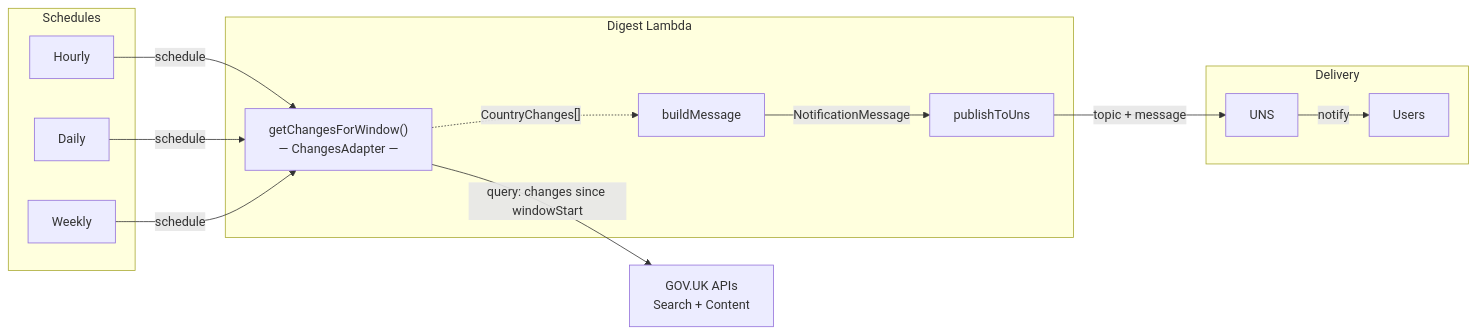
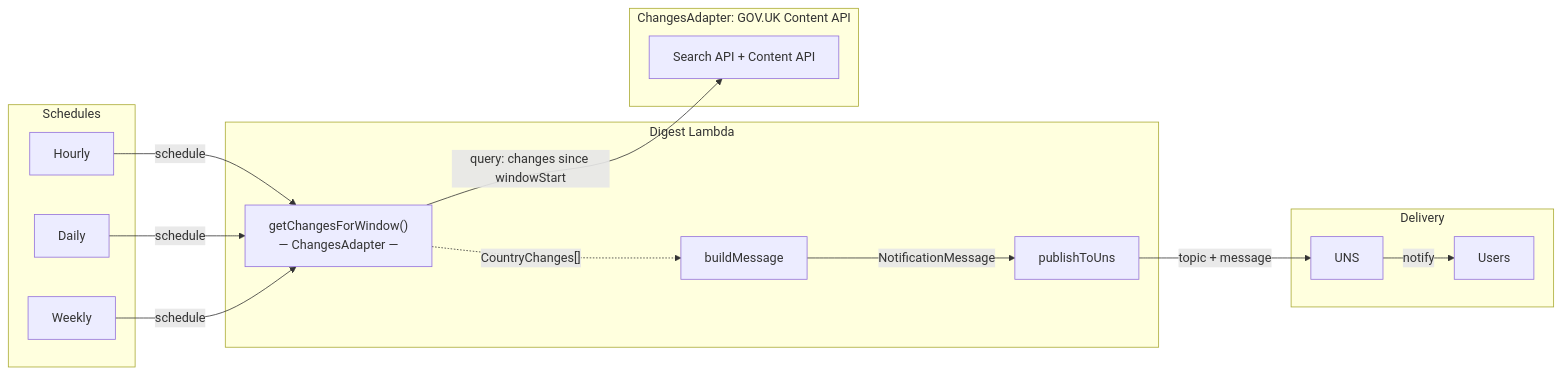
One commit to govuk-once/events-aggregator changed the first of 2 diagrams in README.md. Above: the diagram before and after it, drawn with Mermaid.

Commit message:
docs: wrap GOV.UK adapter in named ChangesAdapter subgraph

````diff
--- a/README.md
+++ b/README.md
@@ -7,28 +7,30 @@
 ```mermaid
 flowchart LR
     subgraph Schedules
         H[Hourly]
         D[Daily]
         W[Weekly]
     end
 
     subgraph "Digest Lambda"
         GCW["getChangesForWindow()\n— ChangesAdapter —"]
         Build[buildMessage]
         Pub[publishToUns]
     end
 
-    GOVUK["GOV.UK APIs\nSearch + Content"]
+    subgraph "ChangesAdapter: GOV.UK Content API"
+        GOVUK[Search API + Content API]
+    end
 
     subgraph Delivery
         UNS[UNS]
         Users[Users]
     end
 
     H & D & W -->|schedule| GCW
     GCW -->|"query: changes since windowStart"| GOVUK
     GCW -.->|"CountryChanges[]"| Build
     Build -->|NotificationMessage| Pub
     Pub -->|topic + message| UNS
     UNS -->|notify| Users
 ```
````
